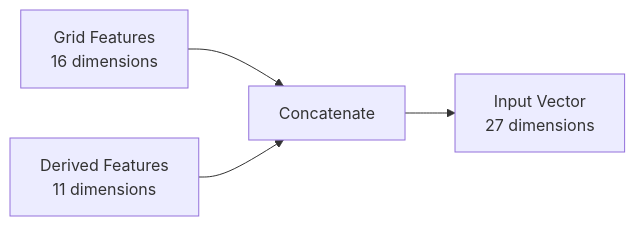
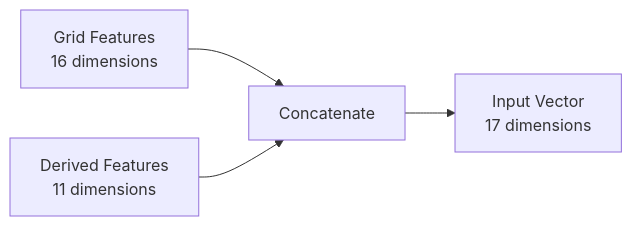
One commit to Evintkoo/2048-ml changed the first of 4 diagrams in plans/05-Model/02-Training/03-model-architecture.md. Above: the diagram before and after it, drawn with Mermaid. The commit also changed other lines of this file and 198 other files, not shown here.

````diff
--- a/plans/05-Model/02-Training/03-model-architecture.md
+++ b/plans/05-Model/02-Training/03-model-architecture.md
@@ -36,6 +36,6 @@
 ```mermaid
 flowchart LR
     Grid[Grid Features<br/>16 dimensions] --> Concat[Concatenate]
     Derived[Derived Features<br/>11 dimensions] --> Concat
-    Concat --> Input[Input Vector<br/>27 dimensions]
+    Concat --> Input[Input Vector<br/>17 dimensions]
 ```
````
